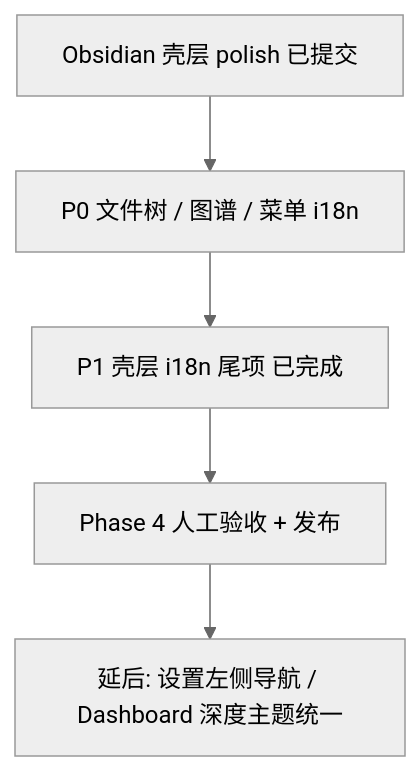
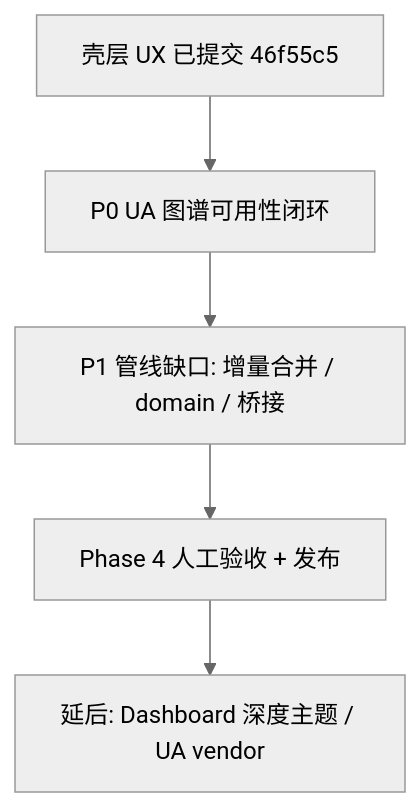
One commit to Tangyd893/Fieldguide changed the diagram in docs/todos.md. Above: the diagram before and after it, drawn with Mermaid (neutral theme). The commit also changed other lines of this file and 16 other files, not shown here.

````diff
--- a/docs/todos.md
+++ b/docs/todos.md
@@ -38,10 +51,10 @@
 ```mermaid
 flowchart TD
-  done1[Obsidian 壳层 polish 已提交]
-  done2[P0 文件树 / 图谱 / 菜单 i18n]
+  shell[壳层 UX 已提交 46f55c5]
+  graphP0[P0 UA 图谱可用性闭环]
+  graphP1[P1 管线缺口: 增量合并 / domain / 桥接]
   p4[Phase 4 人工验收 + 发布]
-  p1opt[P1 壳层 i18n 尾项 已完成]
-  defer[延后: 设置左侧导航 / Dashboard 深度主题统一]
-  done1 --> done2 --> p1opt --> p4
+  defer[延后: Dashboard 深度主题 / UA vendor]
+  shell --> graphP0 --> graphP1 --> p4
   p4 --> defer
 ```
````
